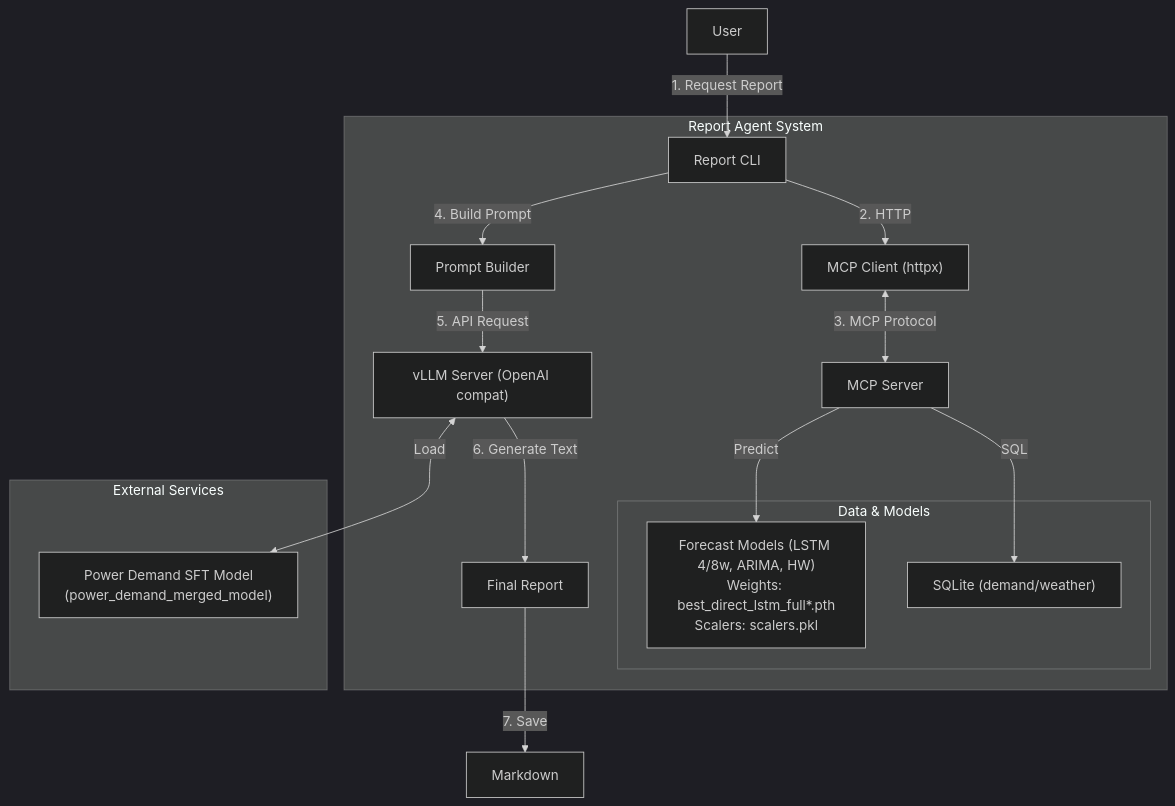
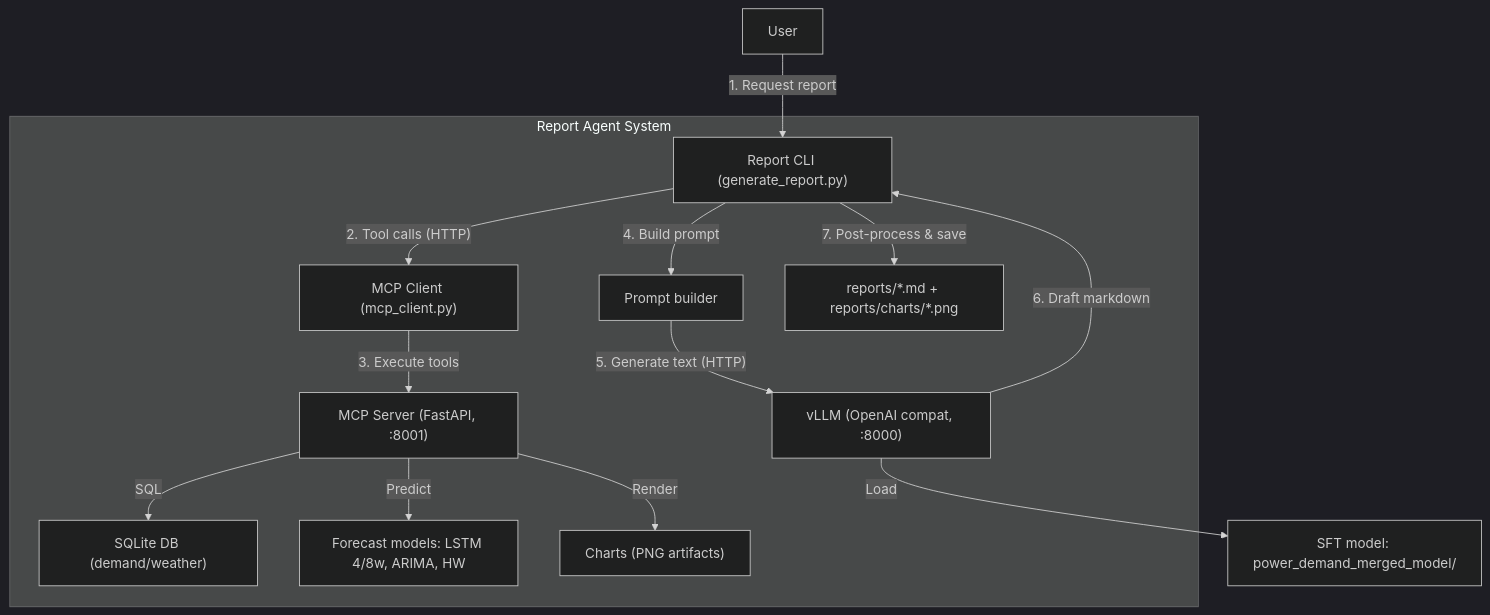
Before and after one commit to zongseung/De-Qwen-SFT: the diagram in report_agent/README.md, drawn with Mermaid (dark theme). The commit also changed other lines of this file, not shown here.

````diff
--- a/report_agent/README.md
+++ b/report_agent/README.md
@@ -9,27 +25,21 @@
 ```mermaid
 graph TD
-    User["User"] -->|1. Request Report| CLI["Report CLI"]
+  User["User"] -->|"1. Request report"| CLI["Report CLI (generate_report.py)"]
 
-    subgraph "Report Agent System"
-        CLI -->|2. HTTP| MCPClient["MCP Client (httpx)"]
-        MCPClient <-->|3. MCP Protocol| MCPServer["MCP Server"]
+  subgraph "Report Agent System"
+    CLI -->|"2. Tool calls (HTTP)"| MCPClient["MCP Client (mcp_client.py)"]
+    MCPClient -->|"3. Execute tools"| MCPServer["MCP Server (FastAPI, :8001)"]
 
-        subgraph "Data & Models"
-            DB["SQLite (demand/weather)"]
-            ForecastModels["Forecast Models (LSTM 4/8w, ARIMA, HW)\nWeights: best_direct_lstm_full*.pth\nScalers: scalers.pkl"]
-        end
+    MCPServer -->|"SQL"| DB["SQLite DB (demand/weather)"]
+    MCPServer -->|"Predict"| Forecast["Forecast models: LSTM 4/8w, ARIMA, HW"]
+    MCPServer -->|"Render"| Charts["Charts (PNG artifacts)"]
 
-        MCPServer -->|SQL| DB
-        MCPServer -->|Predict| ForecastModels
+    CLI -->|"4. Build prompt"| Prompt["Prompt builder"]
+    Prompt -->|"5. Generate text (HTTP)"| vLLM["vLLM (OpenAI compat, :8000)"]
+    vLLM -->|"6. Draft markdown"| CLI
 
-        CLI -->|4. Build Prompt| Prompt["Prompt Builder"]
-        Prompt -->|5. API Request| vLLM["vLLM Server (OpenAI compat)"]
-        vLLM -->|6. Generate Text| Report["Final Report"]
-    end
+    CLI -->|"7. Post-process & save"| Output["reports/*.md + reports/charts/*.png"]
+  end
 
-    subgraph "External Services"
-        vLLM <-->|Load| SFT["Power Demand SFT Model\n(power_demand_merged_model)"]
-    end
-
-    Report -->|7. Save| Markdown["Markdown"]
+  vLLM -->|"Load"| SFT["SFT model: power_demand_merged_model/"]
 ```
````
